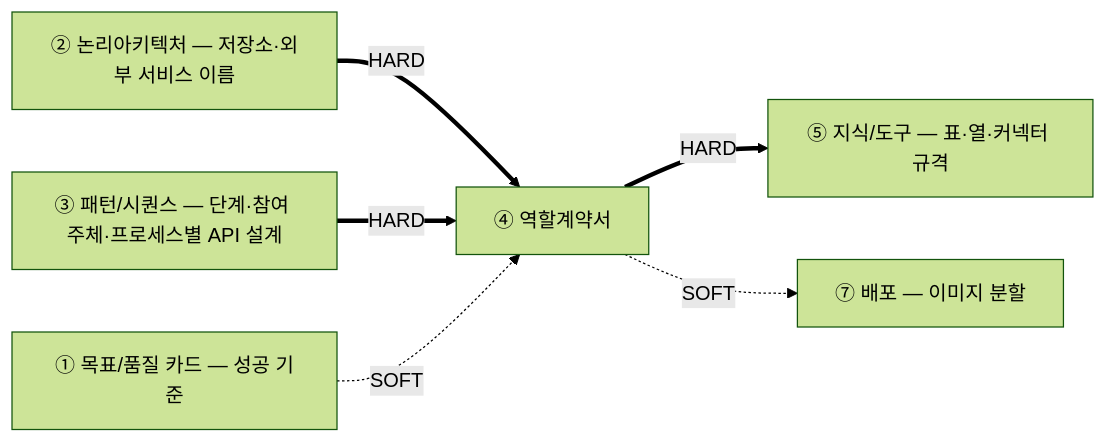
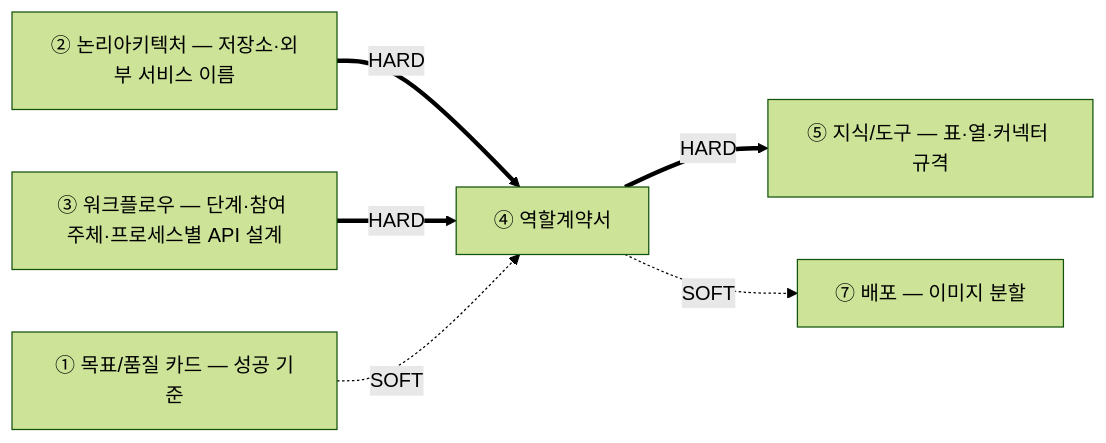
Before and after one commit to unicorn-campus/unicorn-skills: the first of 2 diagrams in design-architecture/guides/04-역할계약서-가이드.md, drawn with Mermaid (forest theme). The commit also changed other lines of this file and 26 other files, not shown here.

First line of the commit message:
Rename design document ③ from 패턴/시퀀스 to 워크플로우

````diff
--- a/design-architecture/guides/04-역할계약서-가이드.md
+++ b/design-architecture/guides/04-역할계약서-가이드.md
@@ -21,8 +21,8 @@
 ```mermaid
 graph LR
   B["② 논리아키텍처 — 저장소·외부 서비스 이름"] ==>|HARD| C
-  D["③ 패턴/시퀀스 — 단계·참여 주체·프로세스별 API 설계"] ==>|HARD| C
+  D["③ 워크플로우 — 단계·참여 주체·프로세스별 API 설계"] ==>|HARD| C
   A["① 목표/품질 카드 — 성공 기준"] -.SOFT.-> C
   C["④ 역할계약서"] ==>|HARD| E["⑤ 지식/도구 — 표·열·커넥터 규격"]
   C -.SOFT.-> G["⑦ 배포 — 이미지 분할"]
 ```
````
